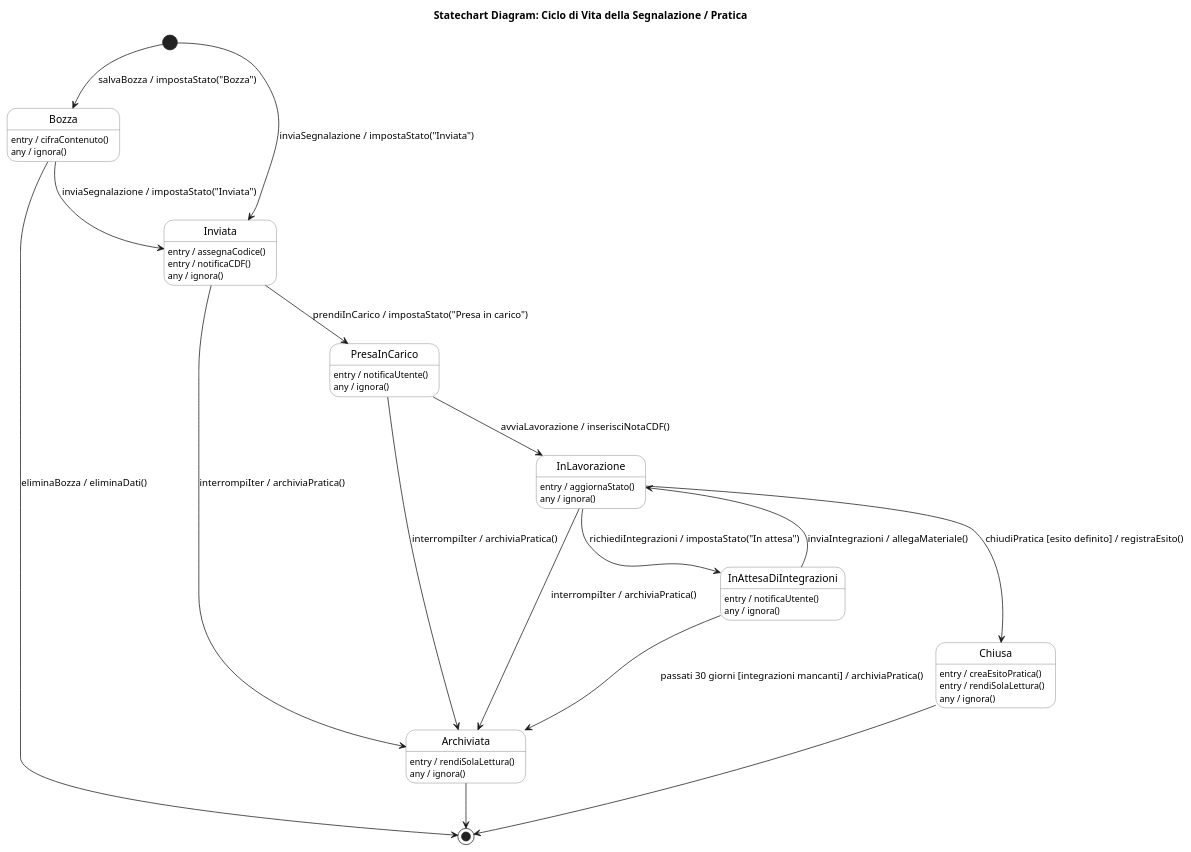
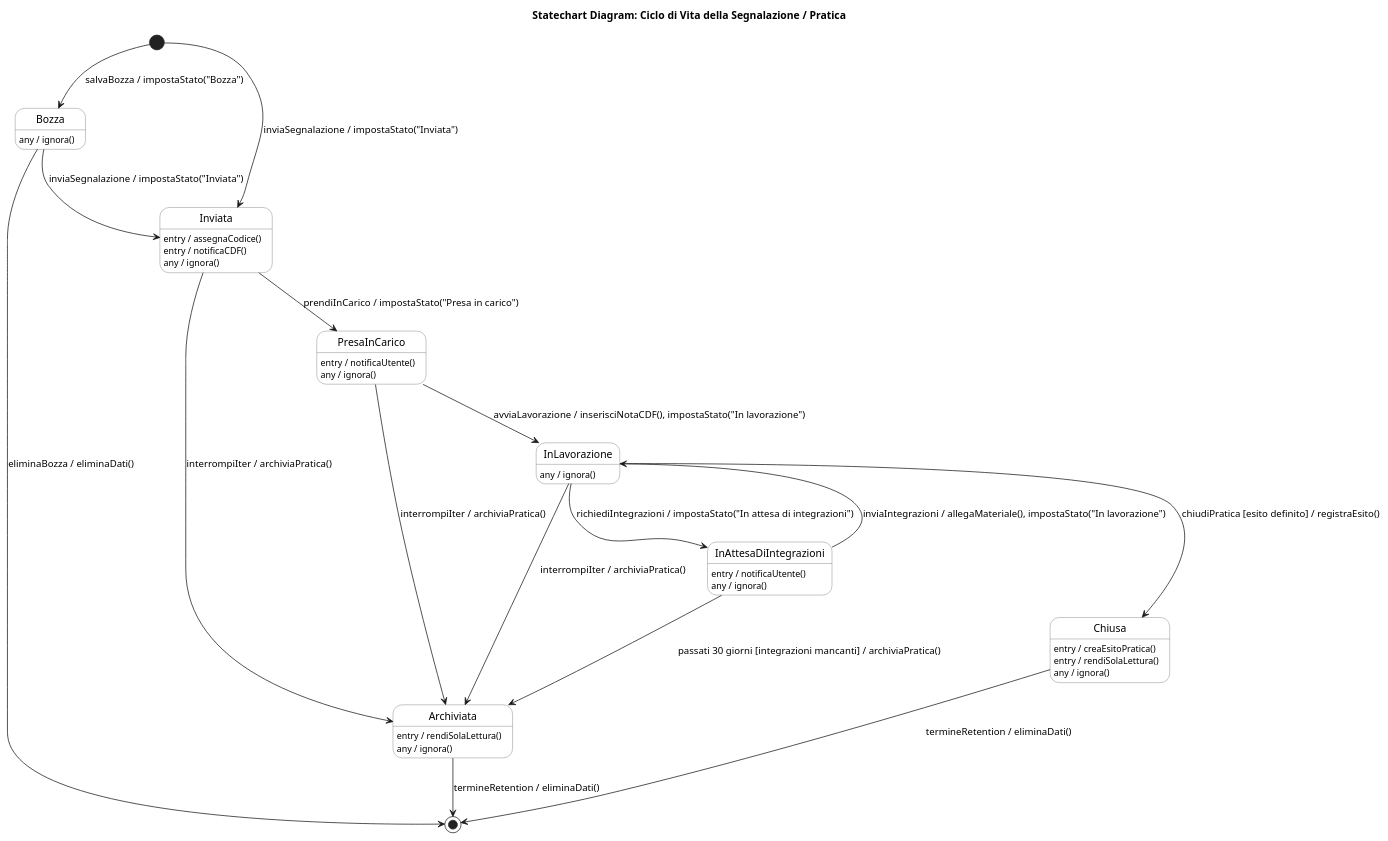
Before and after one commit to pharos-oss/pharos: the diagram in docs/models/statecharts/STD_01_Invio_Segnalazione.puml, drawn with PlantUML. The commit also changed 7 other files, not shown here.

```diff
--- a/docs/models/statecharts/STD_01_Invio_Segnalazione.puml
+++ b/docs/models/statecharts/STD_01_Invio_Segnalazione.puml
@@ -1,69 +1,66 @@
 @startuml
 title Statechart Diagram: Ciclo di Vita della Segnalazione / Pratica
 
 skinparam state {
   BackgroundColor White
   BorderColor #666666
 }
 
 [*] --> Bozza : salvaBozza / impostaStato("Bozza")
 [*] --> Inviata : inviaSegnalazione / impostaStato("Inviata")
 
 state Bozza {
-  Bozza : entry / cifraContenuto()
   Bozza : any / ignora()
 }
 
 state Inviata {
   Inviata : entry / assegnaCodice()
   Inviata : entry / notificaCDF()
   Inviata : any / ignora()
 }
 
 state PresaInCarico {
   PresaInCarico : entry / notificaUtente()
   PresaInCarico : any / ignora()
 }
 
 state InLavorazione {
-  InLavorazione : entry / aggiornaStato()
   InLavorazione : any / ignora()
 }
 
 state InAttesaDiIntegrazioni {
   InAttesaDiIntegrazioni : entry / notificaUtente()
   InAttesaDiIntegrazioni : any / ignora()
 }
 
 state Archiviata {
   Archiviata : entry / rendiSolaLettura()
   Archiviata : any / ignora()
 }
 
 state Chiusa {
   Chiusa : entry / creaEsitoPratica()
   Chiusa : entry / rendiSolaLettura()
   Chiusa : any / ignora()
 }
 
 Bozza --> Inviata : inviaSegnalazione / impostaStato("Inviata")
 Bozza --> [*] : eliminaBozza / eliminaDati()
 
 Inviata --> PresaInCarico : prendiInCarico / impostaStato("Presa in carico")
 Inviata --> Archiviata : interrompiIter / archiviaPratica()
 
-PresaInCarico --> InLavorazione : avviaLavorazione / inserisciNotaCDF()
+PresaInCarico --> InLavorazione : avviaLavorazione / inserisciNotaCDF(), impostaStato("In lavorazione")
 PresaInCarico --> Archiviata : interrompiIter / archiviaPratica()
 
-InLavorazione --> InAttesaDiIntegrazioni : richiediIntegrazioni / impostaStato("In attesa")
+InLavorazione --> InAttesaDiIntegrazioni : richiediIntegrazioni / impostaStato("In attesa di integrazioni")
 InLavorazione --> Archiviata : interrompiIter / archiviaPratica()
 InLavorazione --> Chiusa : chiudiPratica [esito definito] / registraEsito()
 
-InAttesaDiIntegrazioni --> InLavorazione : inviaIntegrazioni / allegaMateriale()
+InAttesaDiIntegrazioni --> InLavorazione : inviaIntegrazioni / allegaMateriale(), impostaStato("In lavorazione")
 InAttesaDiIntegrazioni --> Archiviata : passati 30 giorni [integrazioni mancanti] / archiviaPratica()
 
-' Sostituzione dei post-it collegando gli stati al nodo finale
-Archiviata --> [*]
-Chiusa --> [*]
+Archiviata --> [*] : termineRetention / eliminaDati()
+Chiusa --> [*] : termineRetention / eliminaDati()
 
 @enduml
```
